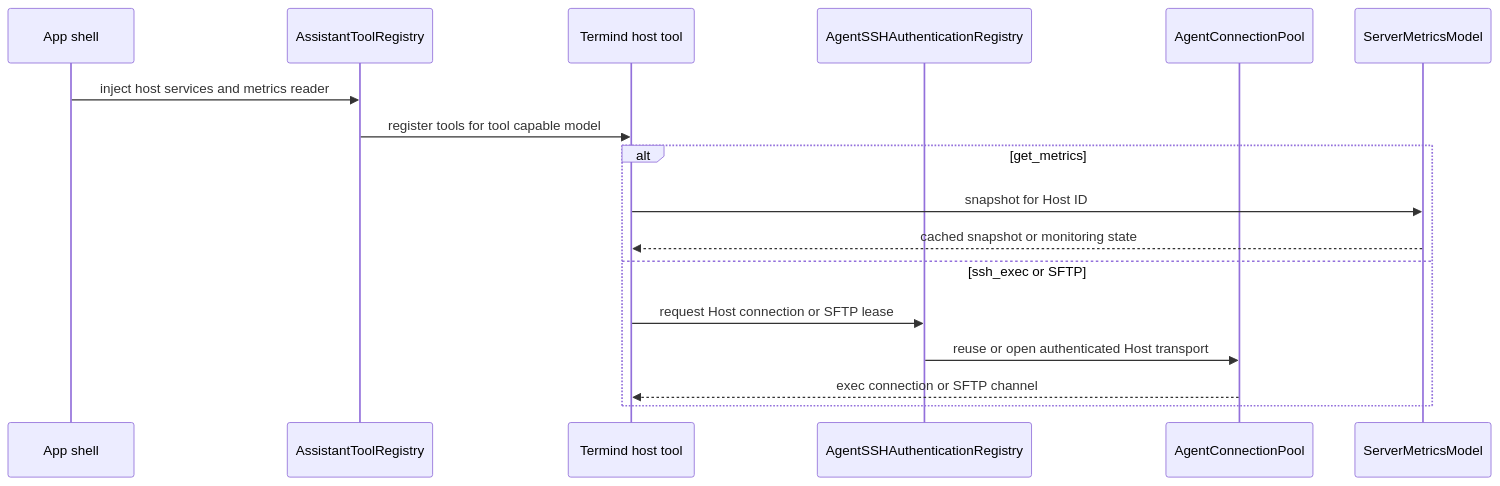
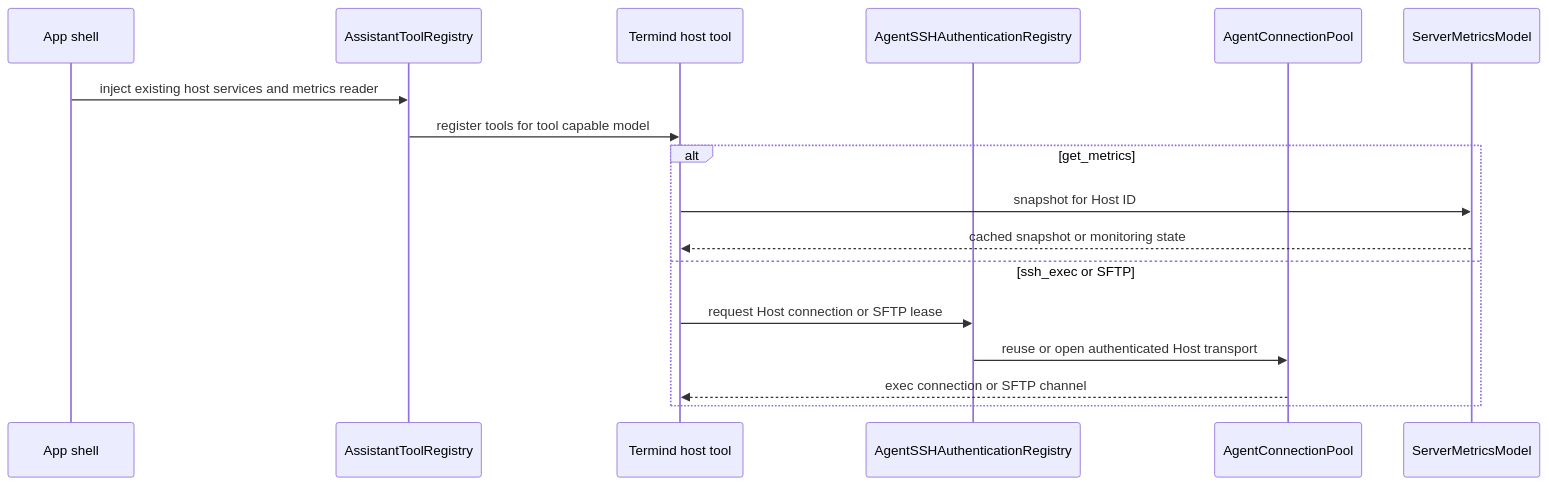
The second of 3 diagrams in openwiki/concepts/remote-services-and-forwarding.md (AkinoKaede/Termind), drawn with Mermaid before and after one commit. The commit also changed other lines of this file and 51 other files, not shown here.

````diff
--- a/openwiki/concepts/remote-services-and-forwarding.md
+++ b/openwiki/concepts/remote-services-and-forwarding.md
@@ -149,19 +155,19 @@
 ```mermaid
 sequenceDiagram
     participant App as App shell
     participant Catalog as AssistantToolRegistry
     participant Tool as Termind host tool
     participant Auth as AgentSSHAuthenticationRegistry
     participant Pool as AgentConnectionPool
     participant Reader as ServerMetricsModel
-    App->>Catalog: inject host services and metrics reader
+    App->>Catalog: inject existing host services and metrics reader
     Catalog->>Tool: register tools for tool capable model
     alt get_metrics
         Tool->>Reader: snapshot for Host ID
         Reader-->>Tool: cached snapshot or monitoring state
     else ssh_exec or SFTP
         Tool->>Auth: request Host connection or SFTP lease
         Auth->>Pool: reuse or open authenticated Host transport
         Pool-->>Tool: exec connection or SFTP channel
     end
 ```
````
